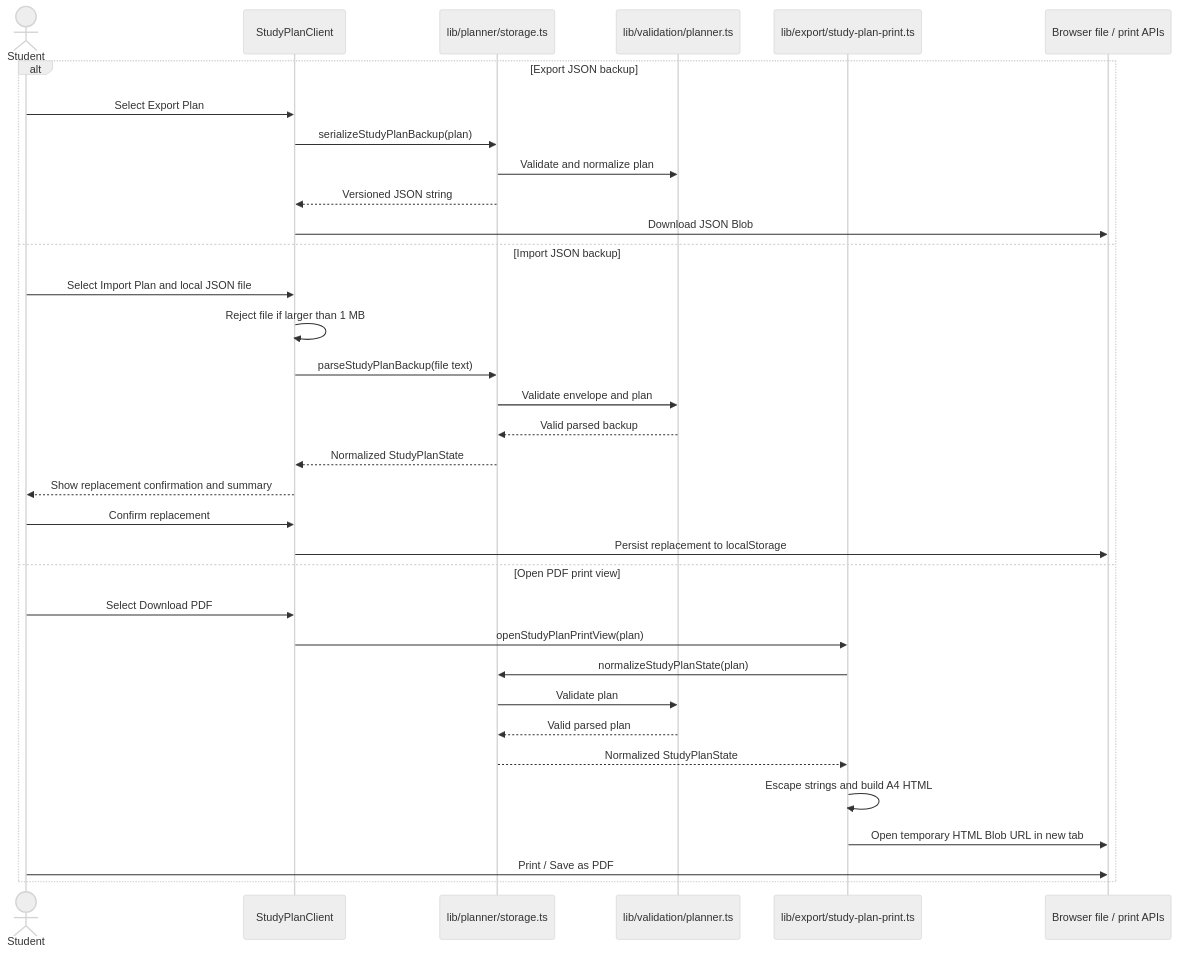
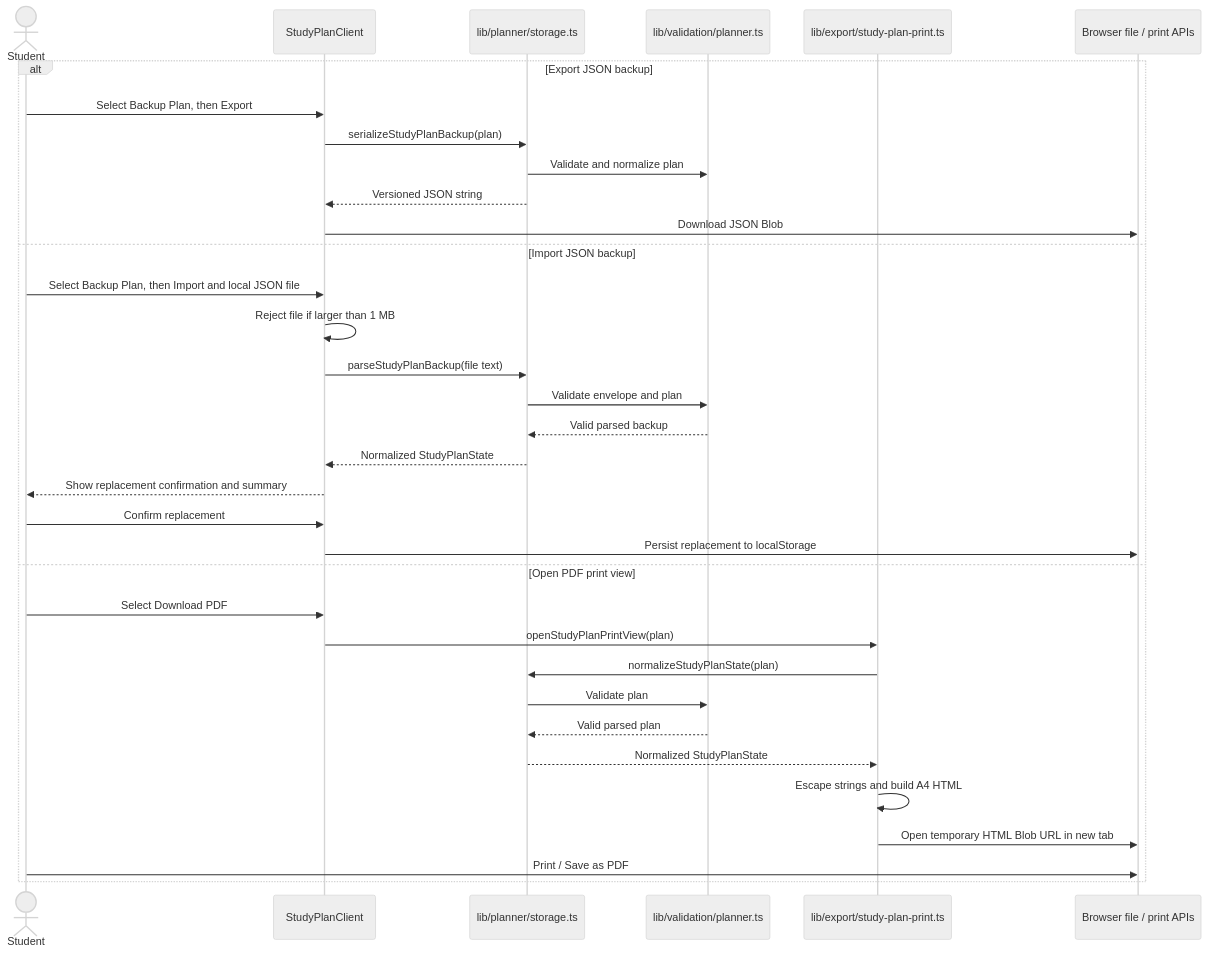
The tenth of 13 diagrams in docs/DeveloperGuide.md (lester-td/SUSSplanner), drawn with Mermaid (neutral theme) before and after one commit. The commit also changed other lines of this file and 1 other file, not shown here.

````diff
--- a/docs/DeveloperGuide.md
+++ b/docs/DeveloperGuide.md
@@ -866,37 +868,37 @@
 ```mermaid
 sequenceDiagram
     actor Student
     participant UI as StudyPlanClient
     participant Storage as lib/planner/storage.ts
     participant Validation as lib/validation/planner.ts
     participant Print as lib/export/study-plan-print.ts
     participant Browser as Browser file / print APIs
 
     alt Export JSON backup
-        Student->>UI: Select Export Plan
+        Student->>UI: Select Backup Plan, then Export
         UI->>Storage: serializeStudyPlanBackup(plan)
         Storage->>Validation: Validate and normalize plan
         Storage-->>UI: Versioned JSON string
         UI->>Browser: Download JSON Blob
     else Import JSON backup
-        Student->>UI: Select Import Plan and local JSON file
+        Student->>UI: Select Backup Plan, then Import and local JSON file
         UI->>UI: Reject file if larger than 1 MB
         UI->>Storage: parseStudyPlanBackup(file text)
         Storage->>Validation: Validate envelope and plan
         Validation-->>Storage: Valid parsed backup
         Storage-->>UI: Normalized StudyPlanState
         UI-->>Student: Show replacement confirmation and summary
         Student->>UI: Confirm replacement
         UI->>Browser: Persist replacement to localStorage
     else Open PDF print view
         Student->>UI: Select Download PDF
         UI->>Print: openStudyPlanPrintView(plan)
         Print->>Storage: normalizeStudyPlanState(plan)
         Storage->>Validation: Validate plan
         Validation-->>Storage: Valid parsed plan
         Storage-->>Print: Normalized StudyPlanState
         Print->>Print: Escape strings and build A4 HTML
         Print->>Browser: Open temporary HTML Blob URL in new tab
         Student->>Browser: Print / Save as PDF
     end
 ```
````
